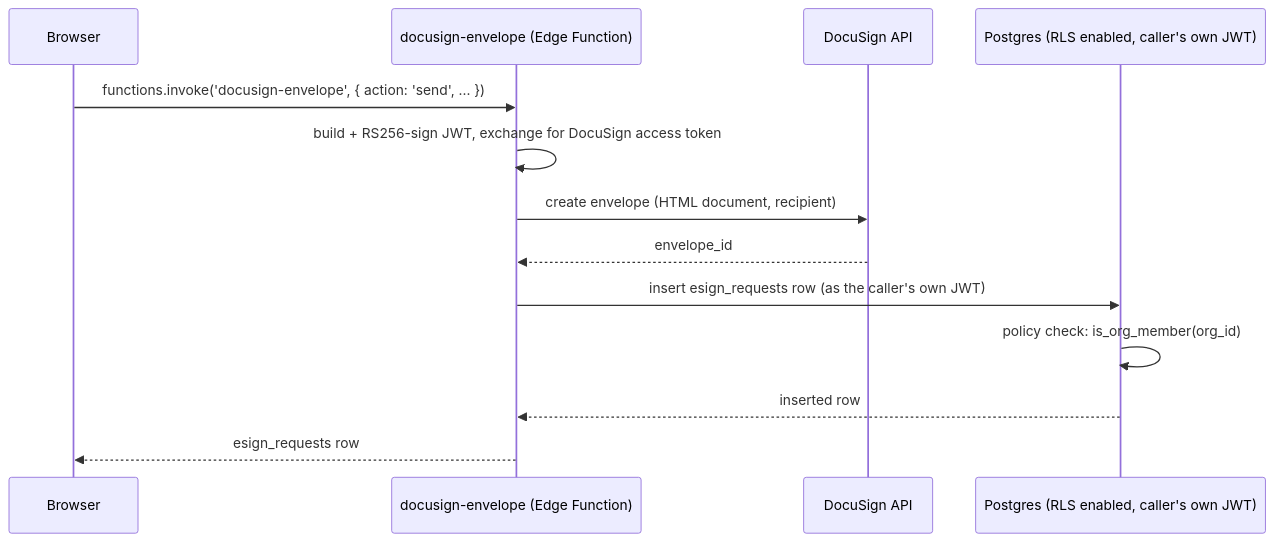
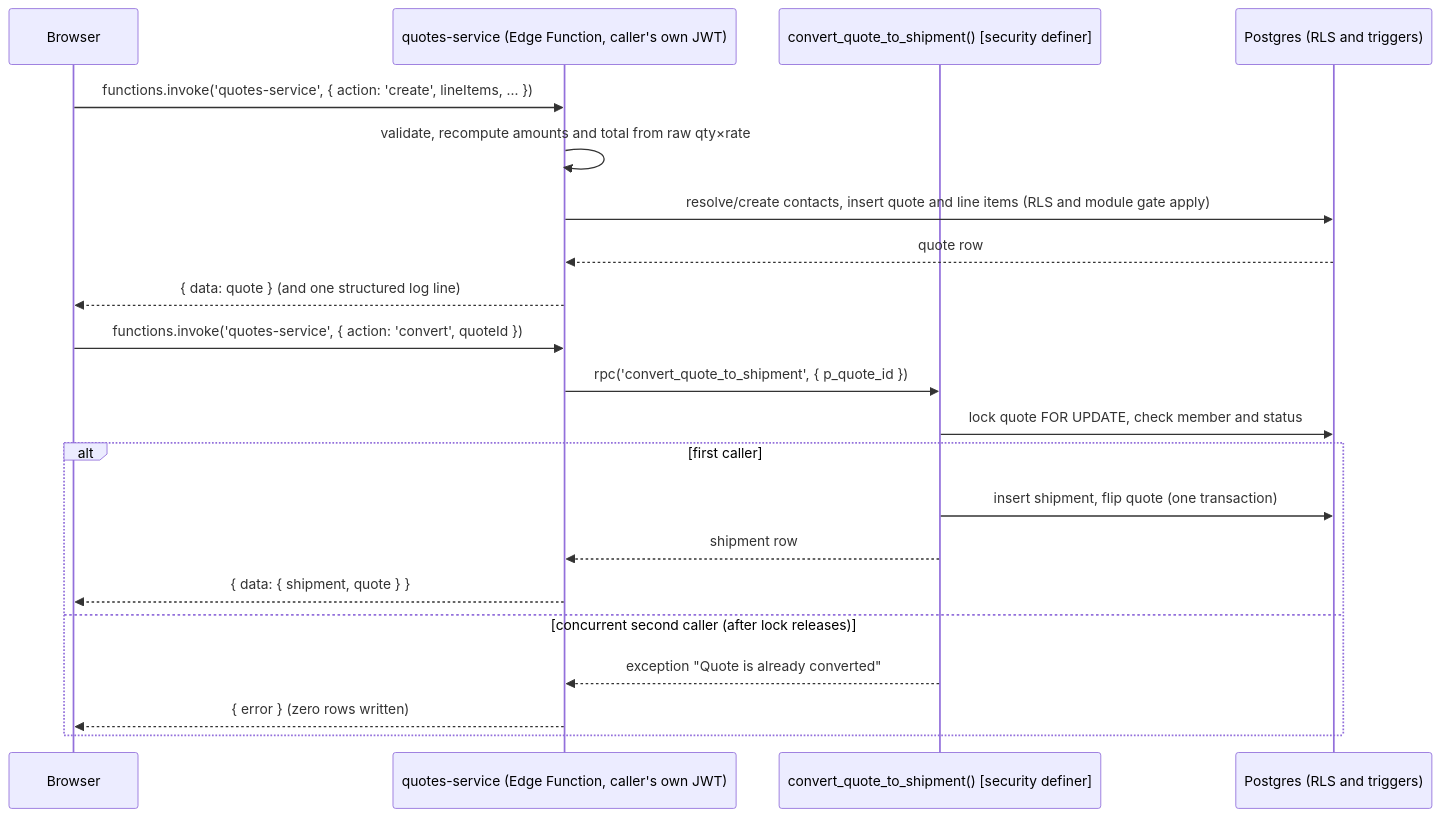
Before and after one commit to venkyi21/sst-freight: the sixth of 9 diagrams in docs/sdd.md, drawn with Mermaid. The commit also changed other lines of this file and 17 other files, not shown here.

First line of the commit message:
Move Quotes to a business-logic tier: quotes-service Edge Function + atomic convert RPC (ADR-0030)

````diff
--- a/docs/sdd.md
+++ b/docs/sdd.md
@@ -275,15 +291,23 @@
 ```mermaid
 sequenceDiagram
   participant U as Browser
-  participant EF as docusign-envelope (Edge Function)
-  participant DS as DocuSign API
-  participant PG as Postgres (RLS enabled, caller's own JWT)
-  U->>EF: functions.invoke('docusign-envelope', { action: 'send', ... })
-  EF->>EF: build + RS256-sign JWT, exchange for DocuSign access token
-  EF->>DS: create envelope (HTML document, recipient)
-  DS-->>EF: envelope_id
-  EF->>PG: insert esign_requests row (as the caller's own JWT)
-  PG->>PG: policy check: is_org_member(org_id)
-  PG-->>EF: inserted row
-  EF-->>U: esign_requests row
+  participant EF as quotes-service (Edge Function, caller's own JWT)
+  participant RPC as convert_quote_to_shipment() [security definer]
+  participant PG as Postgres (RLS and triggers)
+  U->>EF: functions.invoke('quotes-service', { action: 'create', lineItems, ... })
+  EF->>EF: validate, recompute amounts and total from raw qty×rate
+  EF->>PG: resolve/create contacts, insert quote and line items (RLS and module gate apply)
+  PG-->>EF: quote row
+  EF-->>U: { data: quote } (and one structured log line)
+  U->>EF: functions.invoke('quotes-service', { action: 'convert', quoteId })
+  EF->>RPC: rpc('convert_quote_to_shipment', { p_quote_id })
+  RPC->>PG: lock quote FOR UPDATE, check member and status
+  alt first caller
+    RPC->>PG: insert shipment, flip quote (one transaction)
+    RPC-->>EF: shipment row
+    EF-->>U: { data: { shipment, quote } }
+  else concurrent second caller (after lock releases)
+    RPC-->>EF: exception "Quote is already converted"
+    EF-->>U: { error } (zero rows written)
+  end
 ```
````
